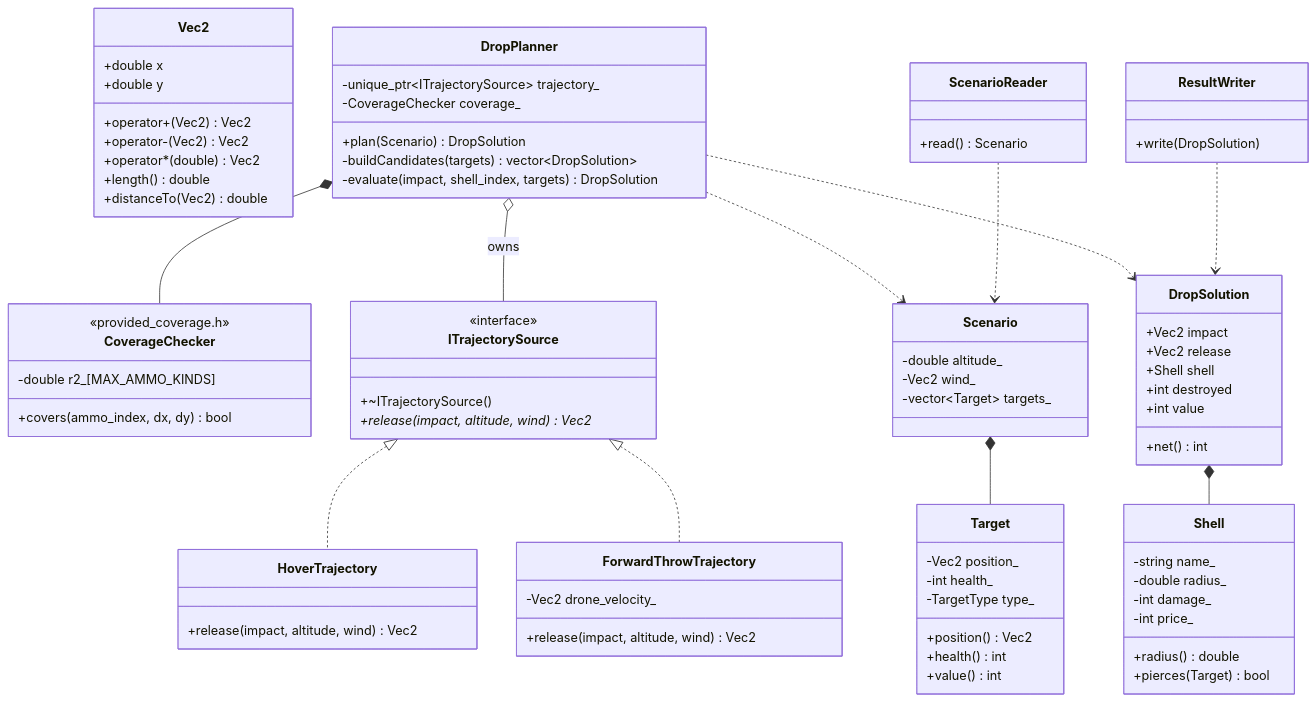
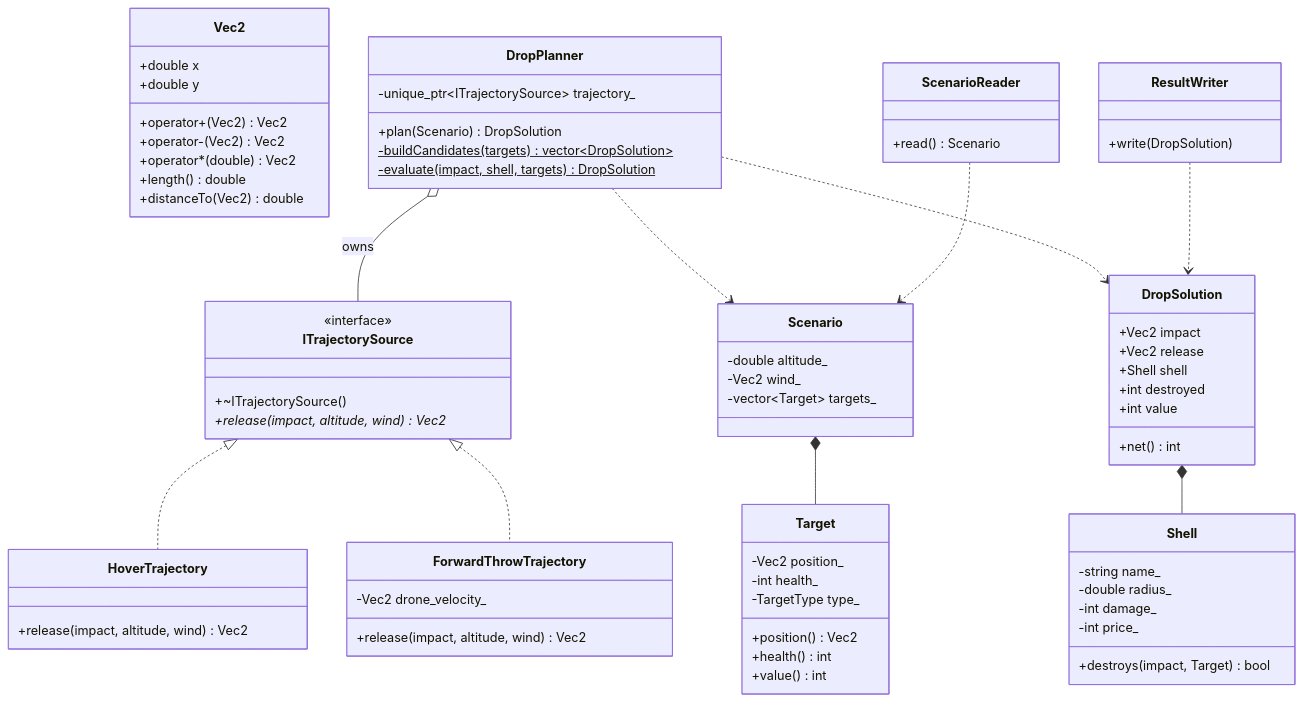
Before and after one commit to Paliy2/drone-drop-targeting: the diagram in README.md, drawn with Mermaid. The commit also changed other lines of this file and 1 other file, not shown here.

```diff
--- a/README.md
+++ b/README.md
@@ -128,12 +102,6 @@
         +operator*(double) Vec2
         +length() double
         +distanceTo(Vec2) double
-    }
-
-    class CoverageChecker {
-        <<provided_coverage.h>>
-        -double r2_[MAX_AMMO_KINDS]
-        +covers(ammo_index, dx, dy) bool
     }
 
     class ITrajectorySource {
@@ -164,8 +132,7 @@
         -double radius_
         -int damage_
         -int price_
-        +radius() double
-        +pierces(Target) bool
+        +destroys(impact, Target) bool
     }
     class Scenario {
         -double altitude_
@@ -182,10 +149,9 @@
     }
     class DropPlanner {
         -unique_ptr~ITrajectorySource~ trajectory_
-        -CoverageChecker coverage_
         +plan(Scenario) DropSolution
-        -buildCandidates(targets) vector~DropSolution~
-        -evaluate(impact, shell_index, targets) DropSolution
+        -buildCandidates(targets)$ vector~DropSolution~
+        -evaluate(impact, shell, targets)$ DropSolution
     }
     class ScenarioReader {
         +read() Scenario
@@ -196,7 +162,6 @@
 
     Scenario *-- Target
     DropPlanner o-- ITrajectorySource : owns
-    DropPlanner *-- CoverageChecker
     DropPlanner ..> Scenario
     DropPlanner ..> DropSolution
     DropSolution *-- Shell
```
